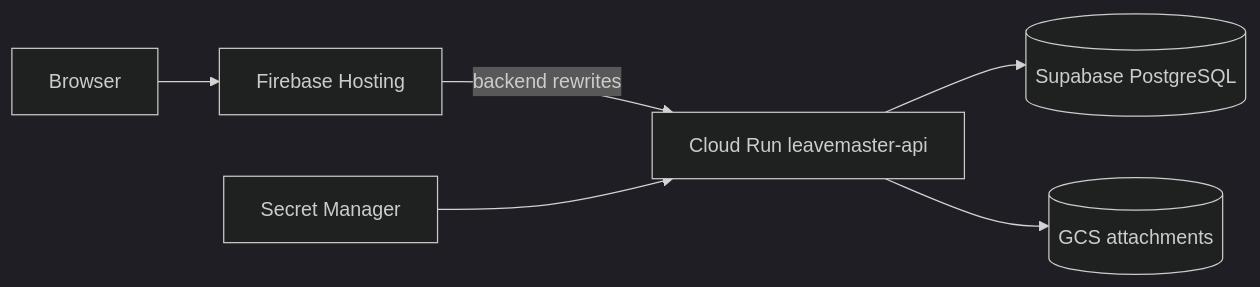
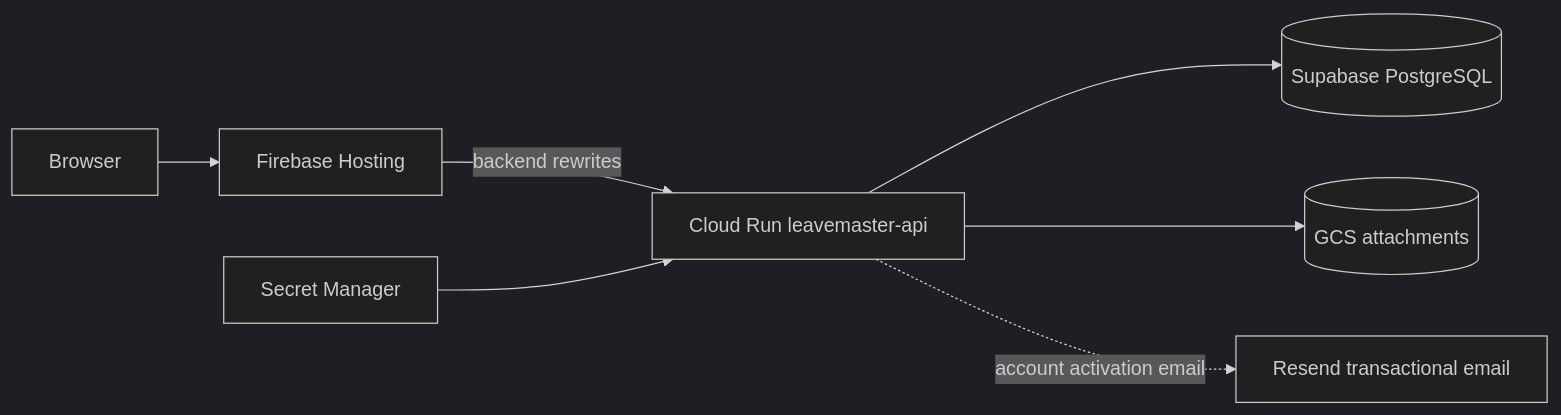
Before and after one commit to thecodinganalyst/LeaveMaster: the diagram in docs/cloudrun-deployment.md, drawn with Mermaid (dark theme). The commit also changed other lines of this file, not shown here.

Commit message:
Issue #380 document Resend Cloud Run setup

````diff
--- a/docs/cloudrun-deployment.md
+++ b/docs/cloudrun-deployment.md
@@ -9,15 +9,17 @@
 ```mermaid
 flowchart LR
     Browser[Browser]
     Firebase[Firebase Hosting]
     CloudRun[Cloud Run leavemaster-api]
     Supabase[(Supabase PostgreSQL)]
     GCS[(GCS attachments)]
     Secrets[Secret Manager]
+    Resend[Resend transactional email]
 
     Browser --> Firebase
     Firebase -->|backend rewrites| CloudRun
     CloudRun --> Supabase
     CloudRun --> GCS
     Secrets --> CloudRun
+    CloudRun -. account activation email .-> Resend
 ```
````
